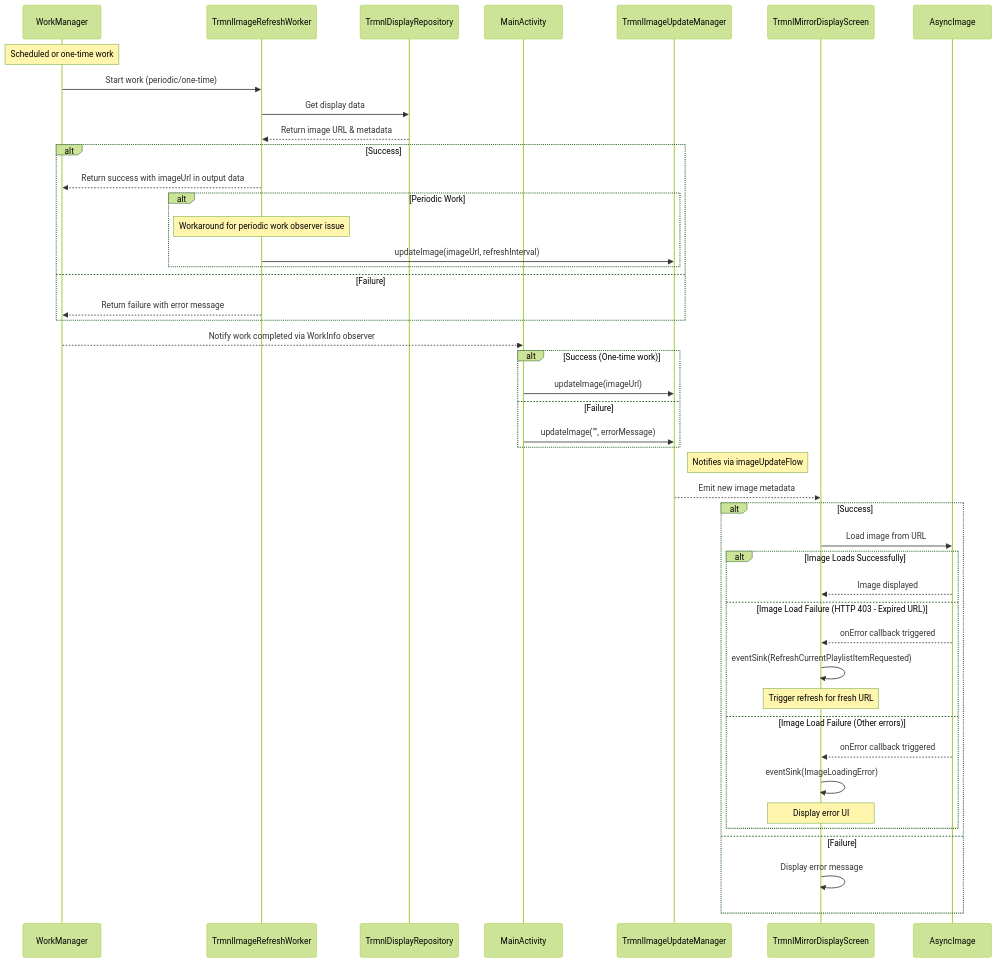
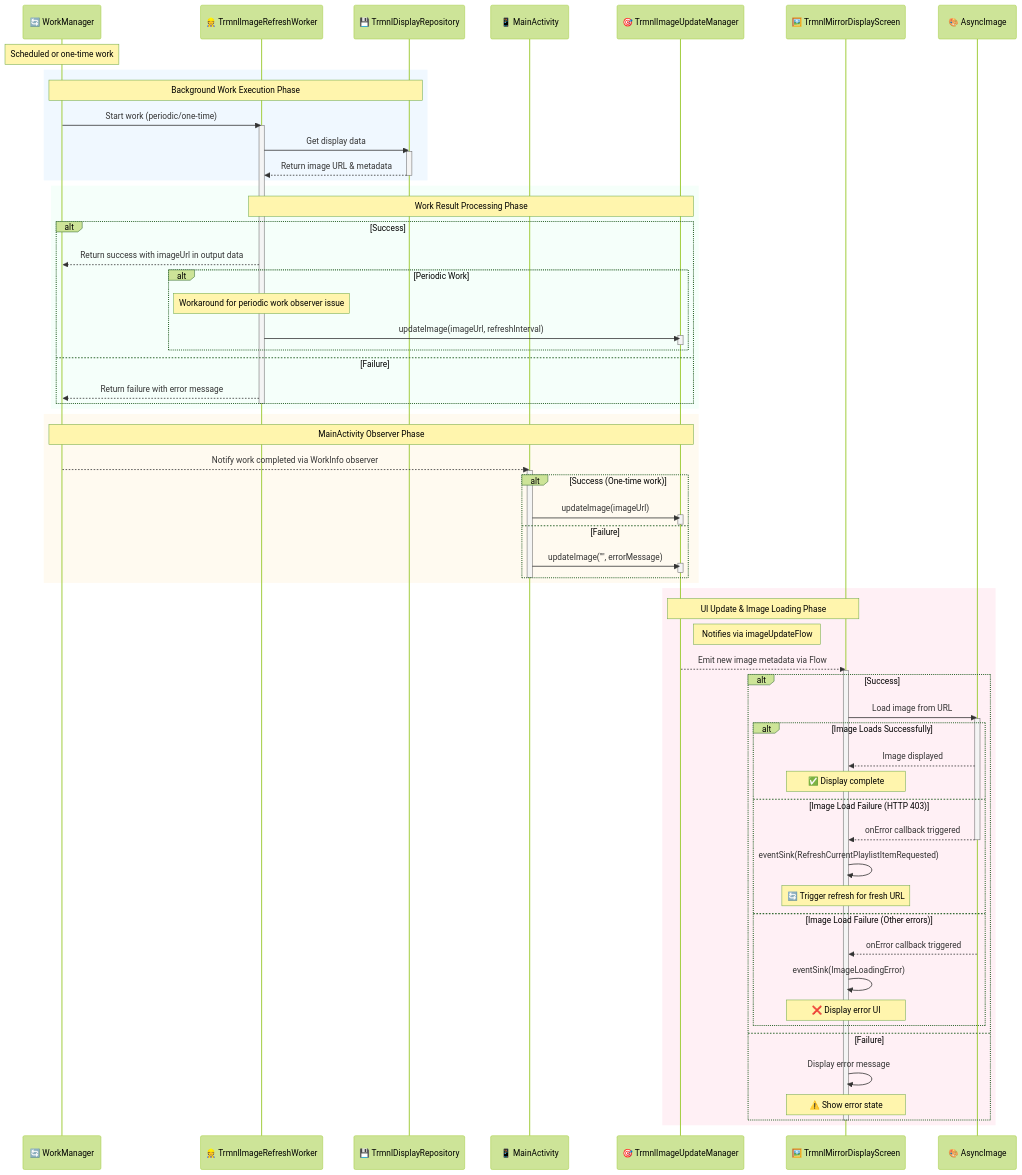
One commit to usetrmnl/trmnl-android changed the diagram in CONTRIBUTING.md. Above: the diagram before and after it, drawn with Mermaid (forest theme).

Commit message:
docs: Enhance image loading flow diagram with colors and emojis
- Add color-coded phases for better visual flow
  * Light blue: Background Work Execution Phase
  * Light green: Work Result Processing Phase
  * Light orange: MainActivity Observer Phase
  * Light pink: UI Update & Image Loading Phase
- Add emojis to participants for better identification
- Add status indicators (✅ ❌ 🔄 ⚠️) for different states
- Add activation boxes to show component lifecycle
- Verify diagram accuracy against current implementation
- Maintain all existing functionality and flow details

````diff
--- a/CONTRIBUTING.md
+++ b/CONTRIBUTING.md
@@ -118,58 +118,87 @@
 ```mermaid
 sequenceDiagram
-    participant WorkManager
-    participant TrmnlImageRefreshWorker
-    participant TrmnlDisplayRepository
-    participant MainActivity
-    participant TrmnlImageUpdateManager
-    participant TrmnlMirrorDisplayScreen
-    participant AsyncImage
+    participant WorkManager as 🔄 WorkManager
+    participant Worker as 👷 TrmnlImageRefreshWorker
+    participant Repo as 💾 TrmnlDisplayRepository
+    participant Activity as 📱 MainActivity
+    participant Manager as 🎯 TrmnlImageUpdateManager
+    participant Screen as 🖼️ TrmnlMirrorDisplayScreen
+    participant Image as 🎨 AsyncImage
 
     Note over WorkManager: Scheduled or one-time work
-
-    WorkManager->>TrmnlImageRefreshWorker: Start work (periodic/one-time)
-    
-    TrmnlImageRefreshWorker->>TrmnlDisplayRepository: Get display data
-    TrmnlDisplayRepository-->>TrmnlImageRefreshWorker: Return image URL & metadata
-    
-    alt Success
-        TrmnlImageRefreshWorker-->>WorkManager: Return success with imageUrl in output data
+    rect rgb(240, 248, 255)
+        Note over WorkManager,Repo: Background Work Execution Phase
+        WorkManager->>Worker: Start work (periodic/one-time)
+        activate Worker
         
-        alt Periodic Work
-            Note over TrmnlImageRefreshWorker: Workaround for periodic work observer issue
-            TrmnlImageRefreshWorker->>TrmnlImageUpdateManager: updateImage(imageUrl, refreshInterval)
-        end
-    else Failure
-        TrmnlImageRefreshWorker-->>WorkManager: Return failure with error message
+        Worker->>Repo: Get display data
+        activate Repo
+        Repo-->>Worker: Return image URL & metadata
+        deactivate Repo
     end
     
-    WorkManager-->>MainActivity: Notify work completed via WorkInfo observer
-
-    alt Success (One-time work)
-        MainActivity->>TrmnlImageUpdateManager: updateImage(imageUrl)
-    else Failure
-        MainActivity->>TrmnlImageUpdateManager: updateImage("", errorMessage)
+    rect rgb(245, 255, 250)
+        Note over Worker,Manager: Work Result Processing Phase
+        alt Success
+            Worker-->>WorkManager: Return success with imageUrl in output data
+            
+            alt Periodic Work
+                Note over Worker: Workaround for periodic work observer issue
+                Worker->>Manager: updateImage(imageUrl, refreshInterval)
+                activate Manager
+                deactivate Manager
+            end
+        else Failure
+            Worker-->>WorkManager: Return failure with error message
+        end
+        deactivate Worker
     end
 
-    Note right of TrmnlImageUpdateManager: Notifies via imageUpdateFlow
+    rect rgb(255, 250, 240)
+        Note over WorkManager,Manager: MainActivity Observer Phase
+        WorkManager-->>Activity: Notify work completed via WorkInfo observer
+        activate Activity
 
-    TrmnlImageUpdateManager-->>TrmnlMirrorDisplayScreen: Emit new image metadata
-    
-    alt Success
-        TrmnlMirrorDisplayScreen->>AsyncImage: Load image from URL
+        alt Success (One-time work)
+            Activity->>Manager: updateImage(imageUrl)
+            activate Manager
+            deactivate Manager
+        else Failure
+            Activity->>Manager: updateImage("", errorMessage)
+            activate Manager
+            deactivate Manager
+        end
+        deactivate Activity
+    end
+
+    rect rgb(255, 240, 245)
+        Note over Manager,Screen: UI Update & Image Loading Phase
+        Note right of Manager: Notifies via imageUpdateFlow
+
+        Manager-->>Screen: Emit new image metadata via Flow
+        activate Screen
         
-        alt Image Loads Successfully
-            AsyncImage-->>TrmnlMirrorDisplayScreen: Image displayed
-        else Image Load Failure (HTTP 403 - Expired URL)
-            AsyncImage-->>TrmnlMirrorDisplayScreen: onError callback triggered
-            TrmnlMirrorDisplayScreen->>TrmnlMirrorDisplayScreen: eventSink(RefreshCurrentPlaylistItemRequested)
-            Note over TrmnlMirrorDisplayScreen: Trigger refresh for fresh URL
-        else Image Load Failure (Other errors)
-            AsyncImage-->>TrmnlMirrorDisplayScreen: onError callback triggered
-            TrmnlMirrorDisplayScreen->>TrmnlMirrorDisplayScreen: eventSink(ImageLoadingError)
-            Note over TrmnlMirrorDisplayScreen: Display error UI
+        alt Success
+            Screen->>Image: Load image from URL
+            activate Image
+            
+            alt Image Loads Successfully
+                Image-->>Screen: Image displayed
+                Note over Screen: ✅ Display complete
+            else Image Load Failure (HTTP 403)
+                Image-->>Screen: onError callback triggered
+                deactivate Image
+                Screen->>Screen: eventSink(RefreshCurrentPlaylistItemRequested)
+                Note over Screen: 🔄 Trigger refresh for fresh URL
+            else Image Load Failure (Other errors)
+                Image-->>Screen: onError callback triggered
+                Screen->>Screen: eventSink(ImageLoadingError)
+                Note over Screen: ❌ Display error UI
+            end
+        else Failure
+            Screen->>Screen: Display error message
+            Note over Screen: ⚠️ Show error state
         end
-    else Failure
-        TrmnlMirrorDisplayScreen->>TrmnlMirrorDisplayScreen: Display error message
+        deactivate Screen
     end
 ```
````
